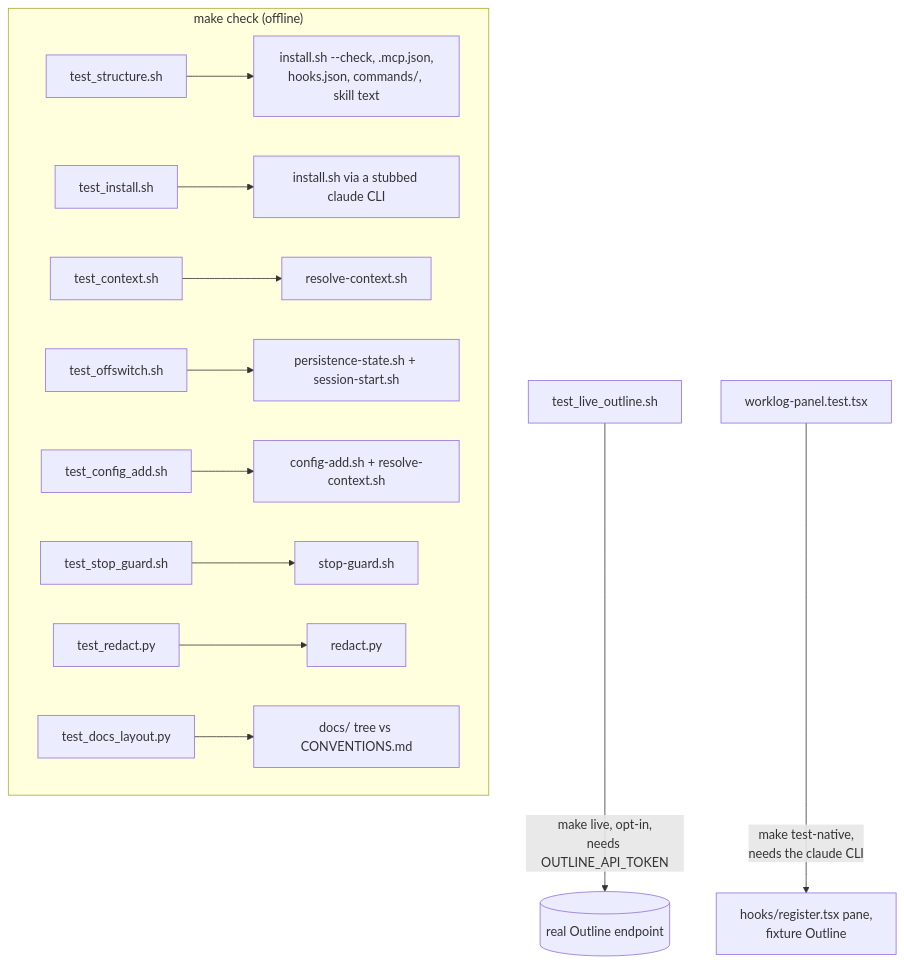
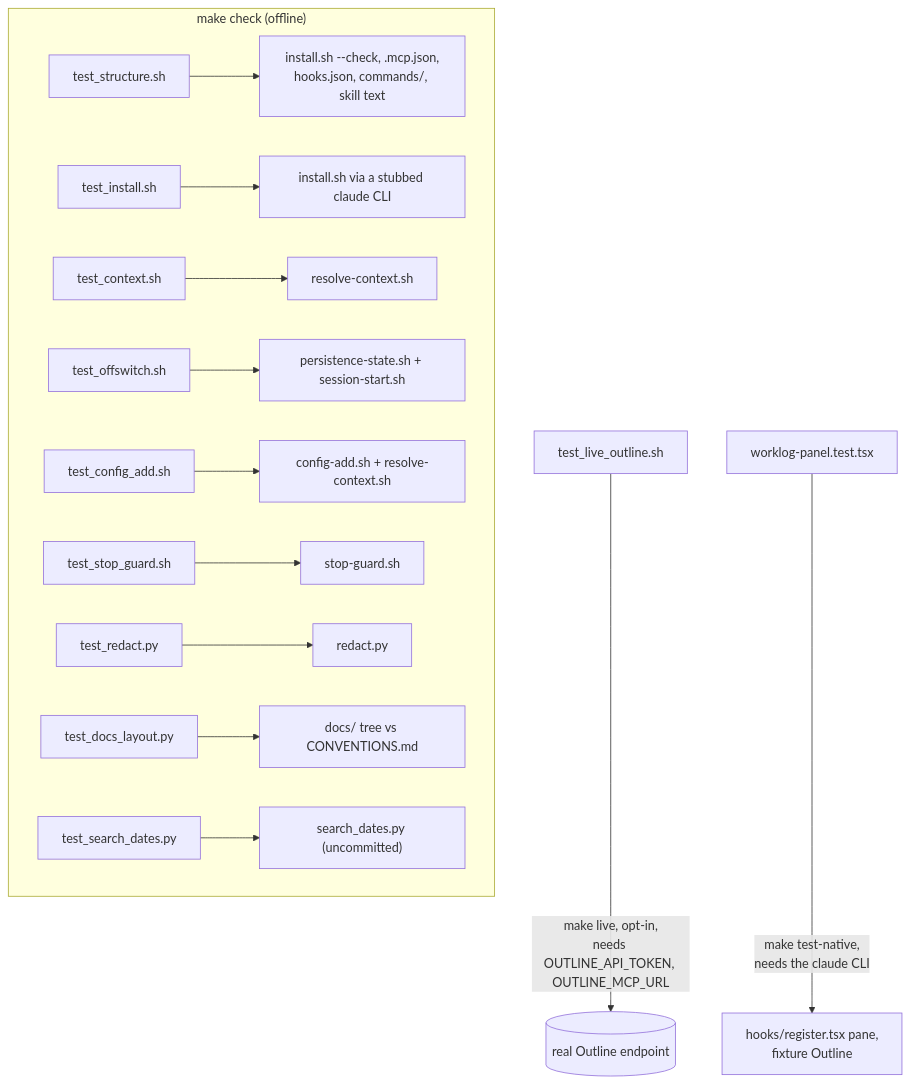
One commit to kolezka/worklog-persist changed the diagram in docs/verification/README.md. Above: the diagram before and after it, drawn with Mermaid. The commit also changed other lines of this file and 28 other files, not shown here.

````diff
--- a/docs/verification/README.md
+++ b/docs/verification/README.md
@@ -49,15 +52,16 @@
 ```mermaid
 flowchart TD
     subgraph offline["make check (offline)"]
         A[test_structure.sh] --> RA["install.sh --check, .mcp.json,\nhooks.json, commands/, skill text"]
         B[test_install.sh] --> RB["install.sh via a stubbed claude CLI"]
         C[test_context.sh] --> RC["resolve-context.sh"]
         D[test_offswitch.sh] --> RD["persistence-state.sh + session-start.sh"]
         G[test_config_add.sh] --> RG["config-add.sh + resolve-context.sh"]
         H[test_stop_guard.sh] --> RH["stop-guard.sh"]
         E[test_redact.py] --> RE["redact.py"]
         F[test_docs_layout.py] --> RF["docs/ tree vs CONVENTIONS.md"]
+        S[test_search_dates.py] --> RS["search_dates.py (uncommitted)"]
     end
-    L[test_live_outline.sh] -->|"make live, opt-in,\nneeds OUTLINE_API_TOKEN"| O[("real Outline endpoint")]
+    L[test_live_outline.sh] -->|"make live, opt-in,\nneeds OUTLINE_API_TOKEN, OUTLINE_MCP_URL"| O[("real Outline endpoint")]
     N[worklog-panel.test.tsx] -->|"make test-native,\nneeds the claude CLI"| RN["hooks/register.tsx pane,\nfixture Outline"]
 ```
````
